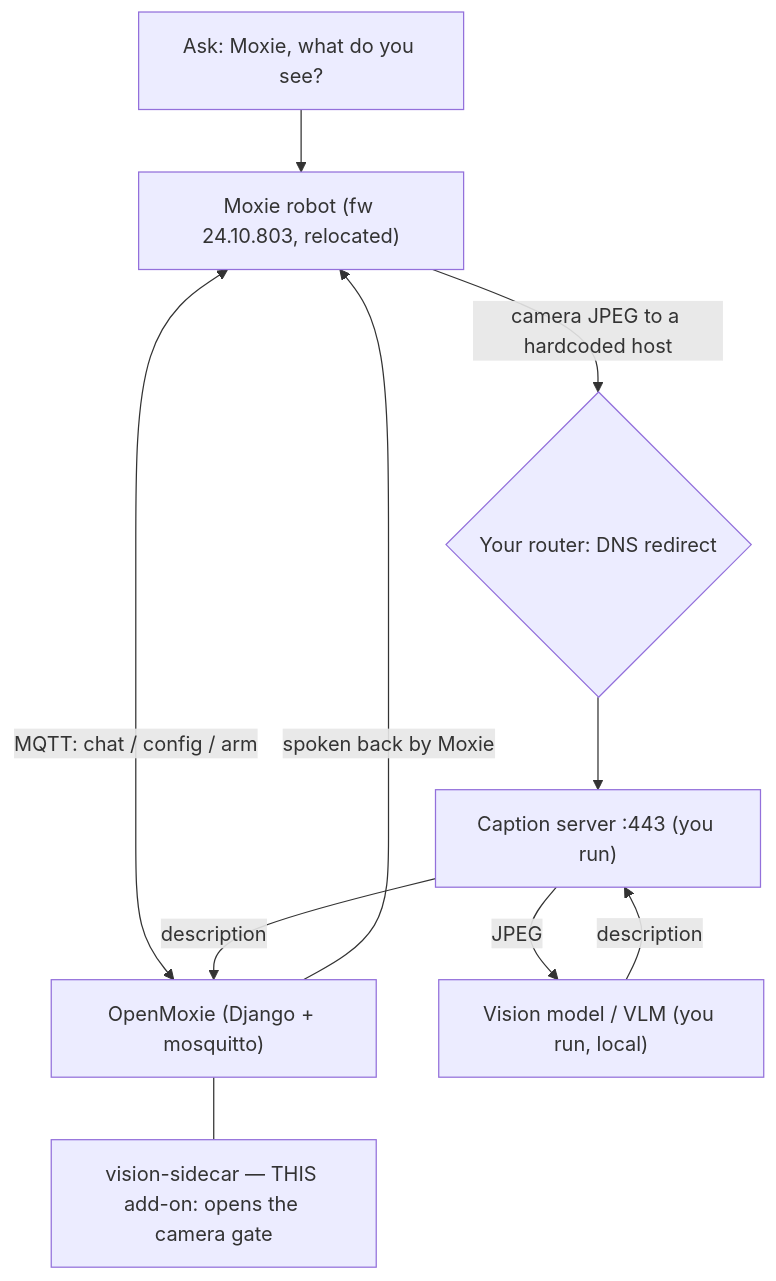
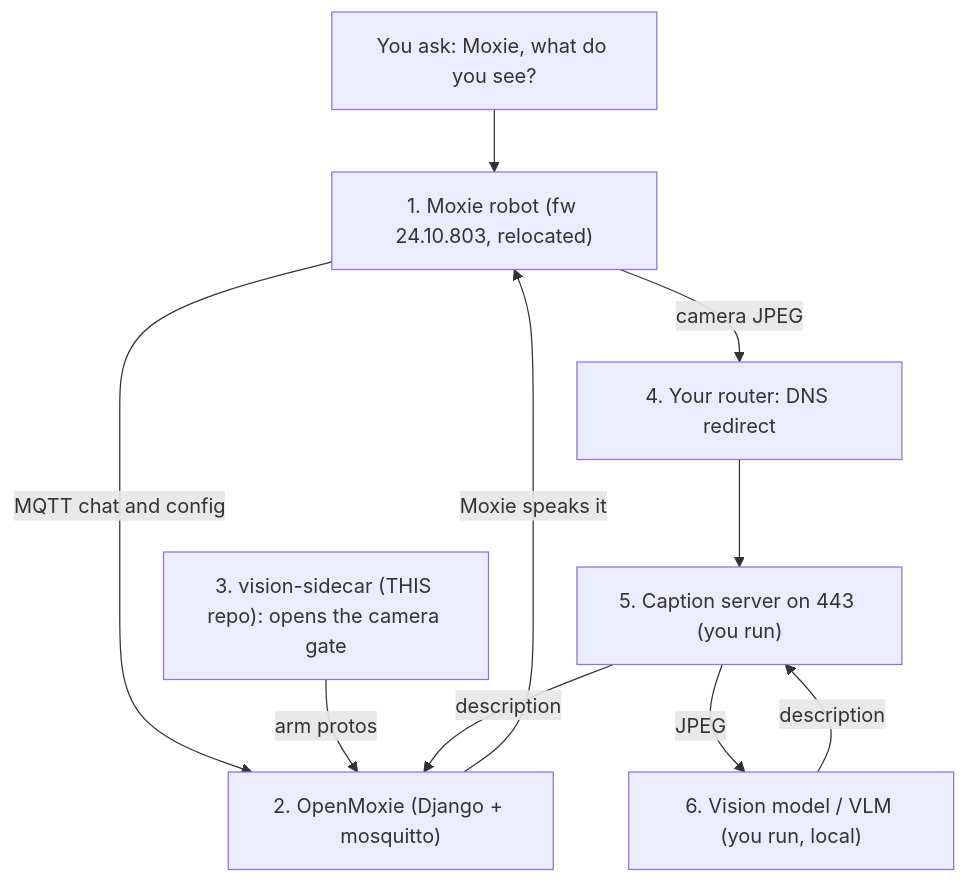
The diagram in docs/enable-vision-step-by-step.md (AppleMelonOrange/sidecar-for-openmoxie), drawn with Mermaid before and after one commit. The commit also changed 1 other file, not shown here.

Commit message:
docs: put the vision-stack diagram on the front page + add Reddit discussion links
- Front-page "The vision stack" section (mermaid diagram + component table) so
  it's visible on the repo landing page, not only in the how-to. Makes explicit
  that vision-sidecar is one of ~7 parts.
- Simplified the mermaid (plain node defs + edges, no bidirectional/em-dash) so
  it renders reliably on GitHub; synced the how-to's copy to match.
- Add a Discussion section linking the two r/MoxieRobot threads about the enabler.

````diff
--- a/docs/enable-vision-step-by-step.md
+++ b/docs/enable-vision-step-by-step.md
@@ -27,12 +27,19 @@
 ```mermaid
 flowchart TD
-    A["Ask: Moxie, what do you see?"] --> B["Moxie robot (fw 24.10.803, relocated)"]
-    B <-->|"MQTT: chat / config / arm"| D["OpenMoxie (Django + mosquitto)"]
-    D --- E["vision-sidecar — THIS add-on: opens the camera gate"]
-    B -->|"camera JPEG to a hardcoded host"| C{"Your router: DNS redirect"}
-    C --> F["Caption server :443 (you run)"]
-    F -->|"JPEG"| G["Vision model / VLM (you run, local)"]
-    G -->|"description"| F
-    F -->|"description"| D
-    D -->|"spoken back by Moxie"| B
+    Q["You ask: Moxie, what do you see?"]
+    R["1. Moxie robot (fw 24.10.803, relocated)"]
+    O["2. OpenMoxie (Django + mosquitto)"]
+    S["3. vision-sidecar (THIS repo): opens the camera gate"]
+    N["4. Your router: DNS redirect"]
+    C["5. Caption server on 443 (you run)"]
+    V["6. Vision model / VLM (you run, local)"]
+    Q --> R
+    R -->|MQTT chat and config| O
+    S -->|arm protos| O
+    R -->|camera JPEG| N
+    N --> C
+    C -->|JPEG| V
+    V -->|description| C
+    C -->|description| O
+    O -->|Moxie speaks it| R
 ```
````
